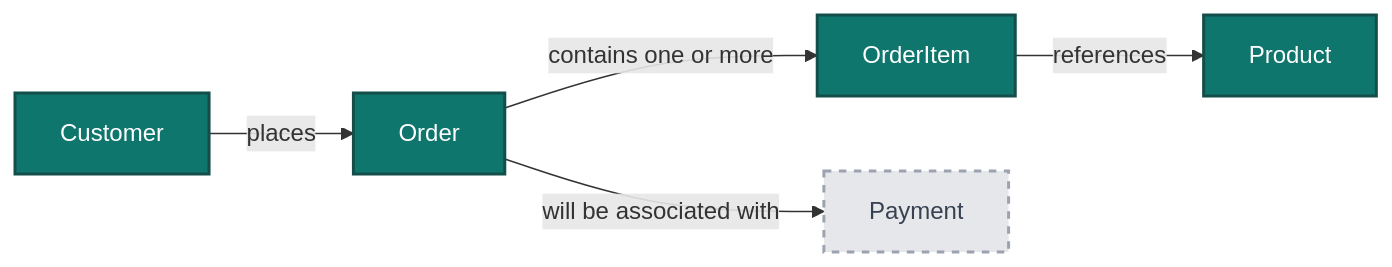
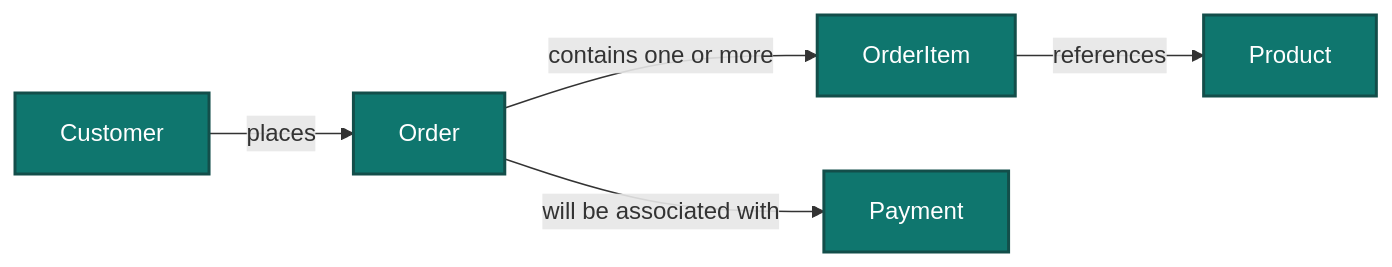
Before and after one commit to SergioFeitosaa/commerce-management-api: the diagram in README.md, drawn with Mermaid. The commit also changed other lines of this file and 1 other file, not shown here.

````diff
--- a/README.md
+++ b/README.md
@@ -81,16 +83,17 @@
 ```mermaid
 flowchart LR
     C[Customer] -->|places| O[Order]
     O -->|contains one or more| OI[OrderItem]
     OI -->|references| P[Product]
     O -->|will be associated with| PY[Payment]
 
     C:::implemented
     P:::implemented
     O:::implemented
     OI:::implemented
-    PY:::planned
+    PY:::implemented
 
     classDef implemented fill:#0f766e,color:#ffffff,stroke:#134e4a,stroke-width:2px;
+    classDef planned fill:#e5e7eb,color:#374151,stroke:#9ca3af,stroke-dasharray: 5 5;
     classDef planned fill:#e5e7eb,color:#374151,stroke:#9ca3af,stroke-width:2px,stroke-dasharray: 5 5;
 ```
````
